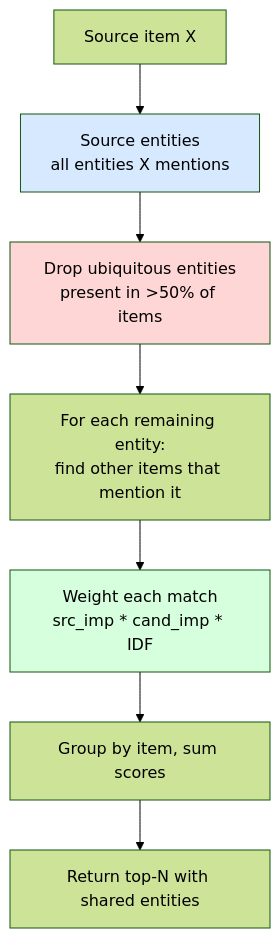
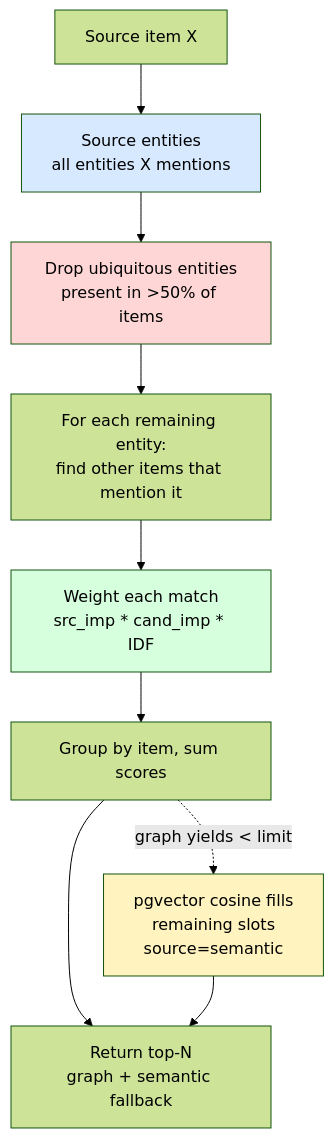
One commit to verdana86/korely-graphrag changed the fifth of 6 diagrams in ARCHITECTURE.md. Above: the diagram before and after it, drawn with Mermaid (forest theme). The commit also changed other lines of this file and 7 other files, not shown here.

````diff
--- a/ARCHITECTURE.md
+++ b/ARCHITECTURE.md
@@ -145,13 +145,16 @@
 ```mermaid
 flowchart TD
     A[Source item X] --> B[Source entities<br/>all entities X mentions]
     B --> C[Drop ubiquitous entities<br/>present in >50% of items]
     C --> D[For each remaining entity:<br/>find other items that mention it]
     D --> E[Weight each match<br/>src_imp * cand_imp * IDF]
     E --> F[Group by item, sum scores]
-    F --> G[Return top-N with shared entities]
+    F --> G[Return top-N<br/>graph + semantic fallback]
+    F -.->|graph yields < limit| H[pgvector cosine fills<br/>remaining slots<br/>source=semantic]
+    H --> G
 
     style B fill:#d6e9ff
     style C fill:#ffd6d6
     style E fill:#d6ffdd
+    style H fill:#fff3bf
 ```
````
